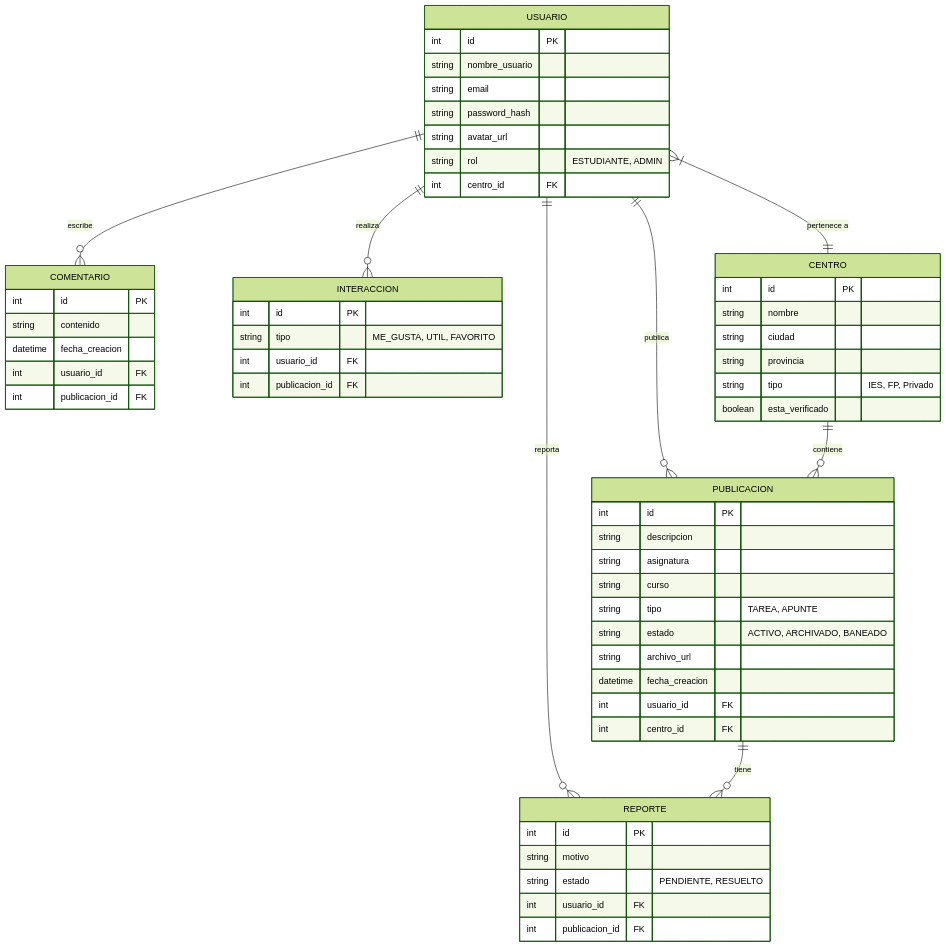
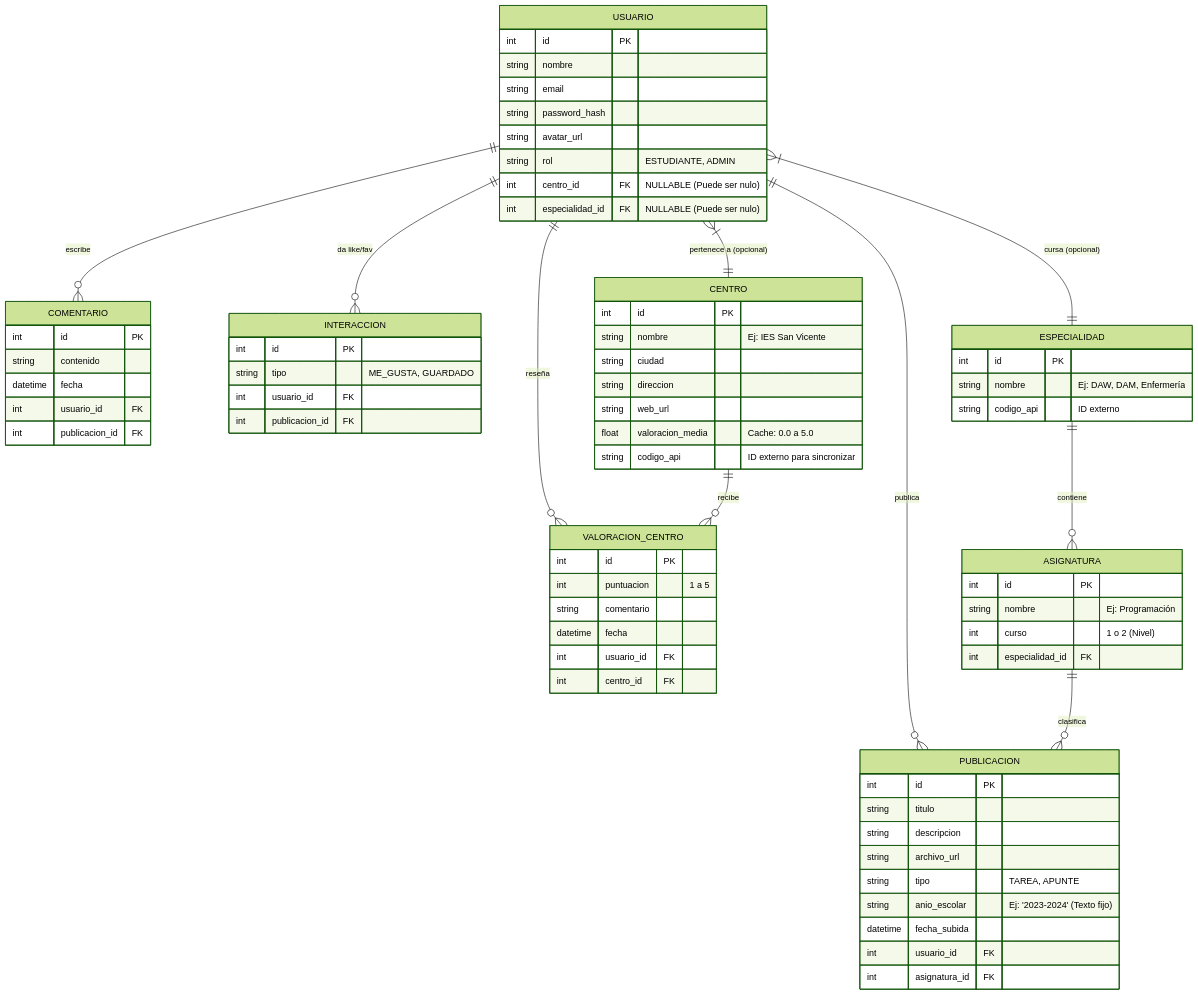
One commit to Antoniomba23/PROYECTO-FINAL-ANDROID-SEGUNDO-DAM changed the diagram in README.md. Above: the diagram before and after it, drawn with Mermaid (forest theme).

Commit message:
Docs: Update ER Diagram in README

```diff
--- a/README.md
+++ b/README.md
@@ -83,63 +83,85 @@
 erDiagram
     USUARIO ||--o{ PUBLICACION : "publica"
     USUARIO ||--o{ COMENTARIO : "escribe"
-    USUARIO ||--o{ INTERACCION : "realiza"
-    USUARIO }|--|| CENTRO : "pertenece a"
-    CENTRO ||--o{ PUBLICACION : "contiene"
-    USUARIO ||--o{ REPORTE : "reporta"
-    PUBLICACION ||--o{ REPORTE : "tiene"
+    USUARIO ||--o{ INTERACCION : "da like/fav"
+    USUARIO ||--o{ VALORACION_CENTRO : "reseña"
+    
+    USUARIO }|--|| CENTRO : "pertenece a (opcional)"
+    USUARIO }|--|| ESPECIALIDAD : "cursa (opcional)"
 
+    CENTRO ||--o{ VALORACION_CENTRO : "recibe"
+    ESPECIALIDAD ||--o{ ASIGNATURA : "contiene"
+    ASIGNATURA ||--o{ PUBLICACION : "clasifica"
+
+    %% --- TABLAS DE USUARIOS Y CENTROS ---
     USUARIO {
         int id PK
-        string nombre_usuario
+        string nombre
         string email
         string password_hash
         string avatar_url
         string rol "ESTUDIANTE, ADMIN"
-        int centro_id FK
+        int centro_id FK "NULLABLE (Puede ser nulo)"
+        int especialidad_id FK "NULLABLE (Puede ser nulo)"
     }
 
     CENTRO {
         int id PK
-        string nombre
+        string nombre "Ej: IES San Vicente"
         string ciudad
-        string provincia
-        string tipo "IES, FP, Privado"
-        boolean esta_verificado
+        string direccion
+        string web_url
+        float valoracion_media "Cache: 0.0 a 5.0"
+        string codigo_api "ID externo para sincronizar"
     }
 
+    VALORACION_CENTRO {
+        int id PK
+        int puntuacion "1 a 5"
+        string comentario
+        datetime fecha
+        int usuario_id FK
+        int centro_id FK
+    }
+
+    %% --- TABLAS ACADÉMICAS (CATÁLOGOS) ---
+    ESPECIALIDAD {
+        int id PK
+        string nombre "Ej: DAW, DAM, Enfermería"
+        string codigo_api "ID externo"
+    }
+
+    ASIGNATURA {
+        int id PK
+        string nombre "Ej: Programación"
+        int curso "1 o 2 (Nivel)"
+        int especialidad_id FK
+    }
+
+    %% --- TABLAS DE CONTENIDO ---
     PUBLICACION {
         int id PK
+        string titulo
         string descripcion
-        string asignatura
-        string curso
+        string archivo_url
         string tipo "TAREA, APUNTE"
-        string estado "ACTIVO, ARCHIVADO, BANEADO"
-        string archivo_url
-        datetime fecha_creacion
+        string anio_escolar "Ej: '2023-2024' (Texto fijo)"
+        datetime fecha_subida
         int usuario_id FK
-        int centro_id FK
+        int asignatura_id FK
     }
 
     COMENTARIO {
         int id PK
         string contenido
-        datetime fecha_creacion
+        datetime fecha
         int usuario_id FK
         int publicacion_id FK
     }
 
     INTERACCION {
         int id PK
-        string tipo "ME_GUSTA, UTIL, FAVORITO"
-        int usuario_id FK
-        int publicacion_id FK
-    }
-
-    REPORTE {
-        int id PK
-        string motivo
-        string estado "PENDIENTE, RESUELTO"
+        string tipo "ME_GUSTA, GUARDADO"
         int usuario_id FK
         int publicacion_id FK
     }
```
